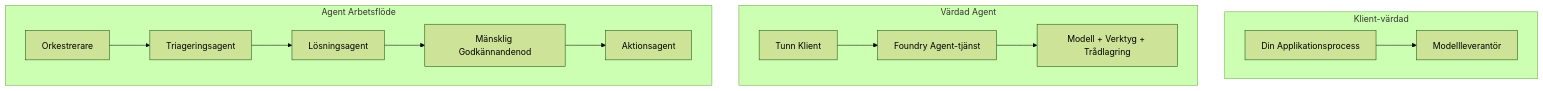
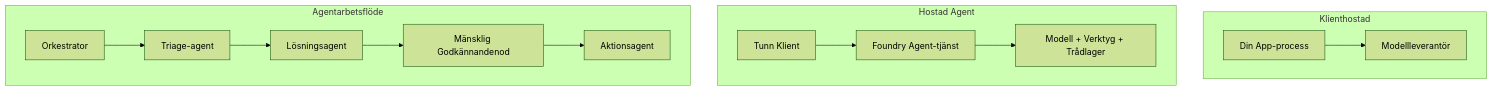
The first of 4 diagrams in mirrors/repos/microsoft@ai-agents-for-beginners/translations/sv/16-deploying-scalable-agents/README.md (gabrielmoreira/agent-skills-mirror), drawn with Mermaid (forest theme) before and after one commit. The commit also changed other lines of this file and 4262 other files, not shown here.

````diff
--- a/mirrors/repos/microsoft@ai-agents-for-beginners/translations/sv/16-deploying-scalable-agents/README.md
+++ b/mirrors/repos/microsoft@ai-agents-for-beginners/translations/sv/16-deploying-scalable-agents/README.md
@@ -87,16 +87,16 @@
 ```mermaid
 flowchart TB
-    subgraph P1[Klient-värdad]
-        A1[Din Applikationsprocess] --> M1[Modellleverantör]
+    subgraph P1[Klienthostad]
+        A1[Din App-process] --> M1[Modellleverantör]
     end
-    subgraph P2[Värdad Agent]
+    subgraph P2[Hostad Agent]
         A2[Tunn Klient] --> F2[Foundry Agent-tjänst]
-        F2 --> M2[Modell + Verktyg + Trådlagring]
+        F2 --> M2[Modell + Verktyg + Trådlager]
     end
-    subgraph P3[Agent Arbetsflöde]
-        A3[Orkestrerare] --> S1[Triageringsagent]
+    subgraph P3[Agentarbetsflöde]
+        A3[Orkestrator] --> S1[Triage-agent]
         S1 --> S2[Lösningsagent]
         S2 --> H[Mänsklig Godkännandenod]
         H --> S3[Aktionsagent]
     end
 ```
````
